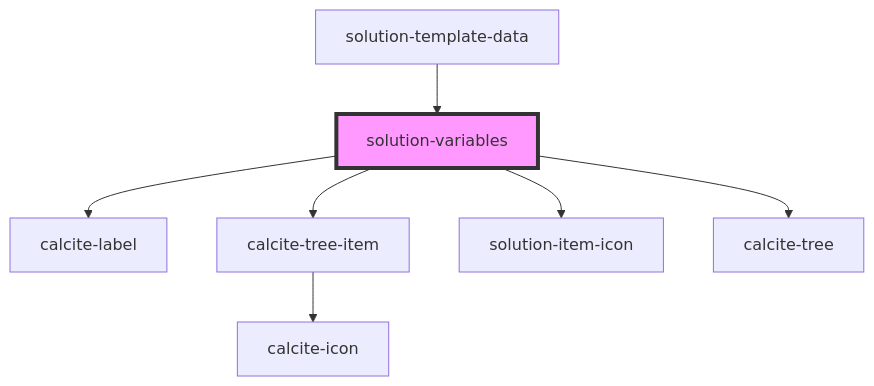
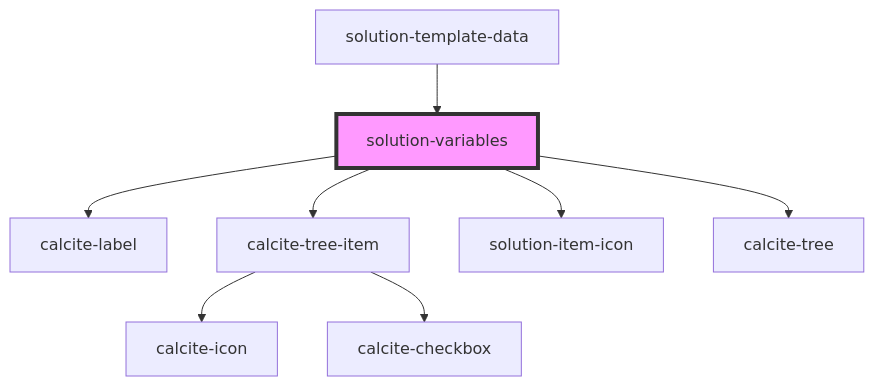
One commit to Esri/solutions-components changed the diagram in src/components/solution-variables/readme.md. Above: the diagram before and after it, drawn with Mermaid. The commit also changed 9 other files, not shown here.

````diff
--- a/src/components/solution-variables/readme.md
+++ b/src/components/solution-variables/readme.md
@@ -37,10 +37,11 @@
 ```mermaid
 graph TD;
   solution-variables --> calcite-label
   solution-variables --> calcite-tree-item
   solution-variables --> solution-item-icon
   solution-variables --> calcite-tree
   calcite-tree-item --> calcite-icon
+  calcite-tree-item --> calcite-checkbox
   solution-template-data --> solution-variables
   style solution-variables fill:#f9f,stroke:#333,stroke-width:4px
 ```
````
